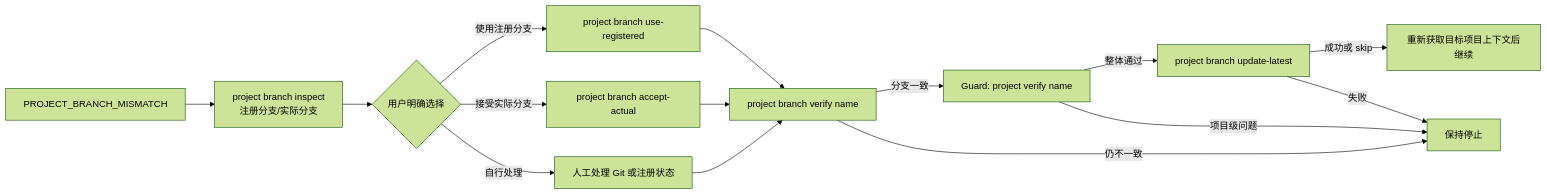
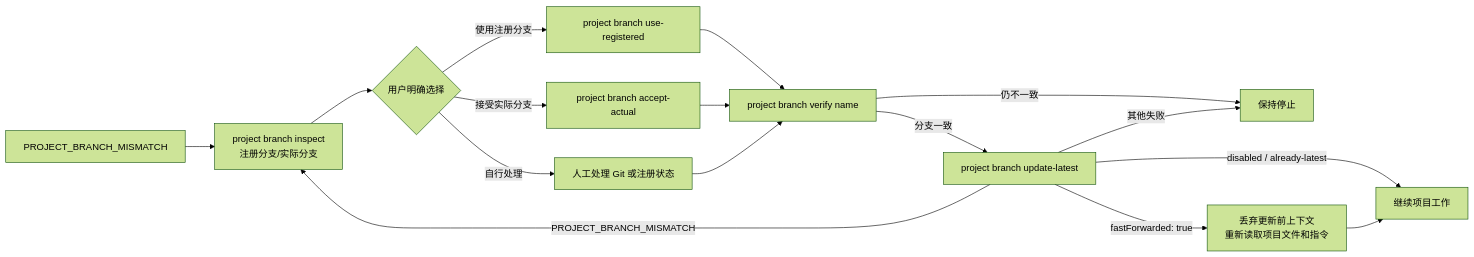
One commit to icebearx-ai/code-workspace changed the third of 3 diagrams in docs/code-workspace-flow.zh-CN.md. Above: the diagram before and after it, drawn with Mermaid (forest theme). The commit also changed other lines of this file and 21 other files, not shown here.

Commit message:
fixed: simplify project verify

````diff
--- a/docs/code-workspace-flow.zh-CN.md
+++ b/docs/code-workspace-flow.zh-CN.md
@@ -78,17 +78,18 @@
 ```mermaid
 flowchart LR
     M[PROJECT_BRANCH_MISMATCH] --> I[project branch inspect<br/>注册分支/实际分支]
     I --> C{用户明确选择}
     C -->|使用注册分支| USE[project branch use-registered]
     C -->|接受实际分支| ACCEPT[project branch accept-actual]
     C -->|自行处理| MANUAL[人工处理 Git 或注册状态]
     USE --> BV[project branch verify name]
     ACCEPT --> BV
     MANUAL --> BV
-    BV -->|分支一致| V[Guard: project verify name]
+    BV -->|分支一致| U[project branch update-latest]
     BV -->|仍不一致| STOP[保持停止]
-    V -->|整体通过| U[project branch update-latest]
-    U -->|成功或 skip| CONTINUE[重新获取目标项目上下文后继续]
-    U -->|失败| STOP
-    V -->|项目级问题| STOP
+    U -->|PROJECT_BRANCH_MISMATCH| I
+    U -->|fastForwarded: true| REFRESH[丢弃更新前上下文<br/>重新读取项目文件和指令]
+    U -->|disabled / already-latest| CONTINUE[继续项目工作]
+    U -->|其他失败| STOP
+    REFRESH --> CONTINUE
 ```
````
